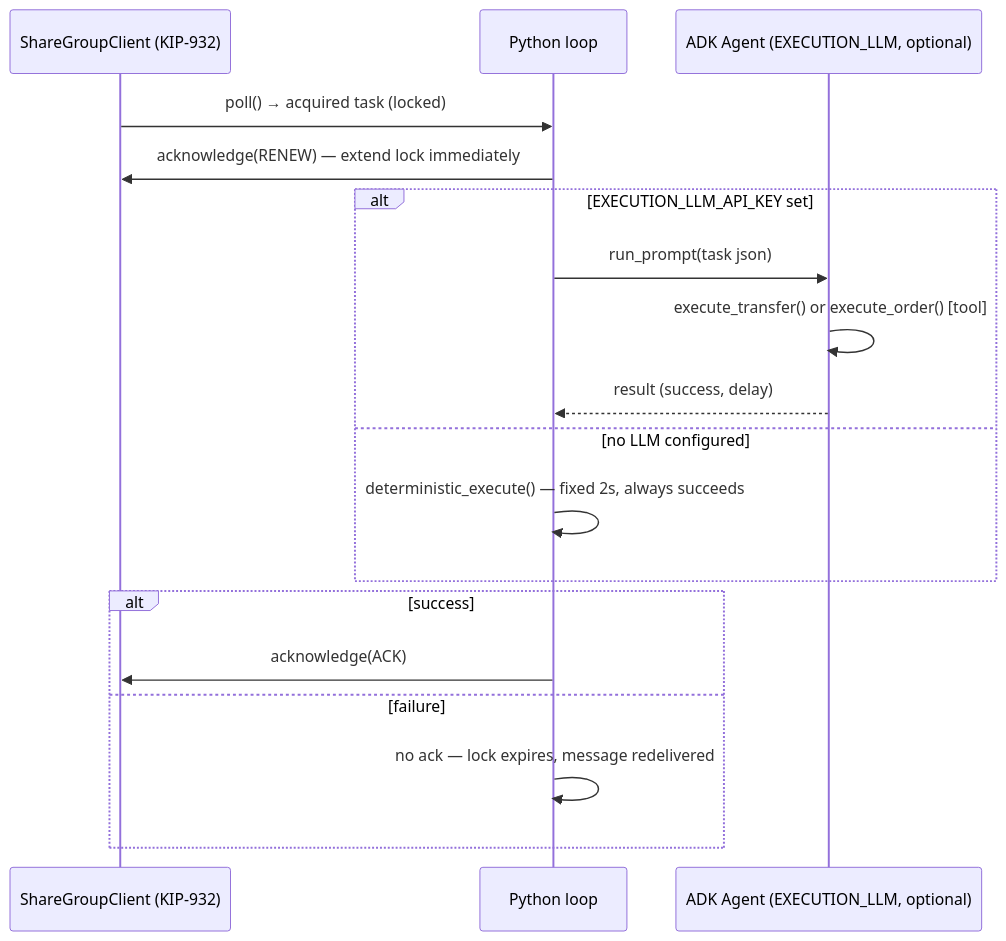
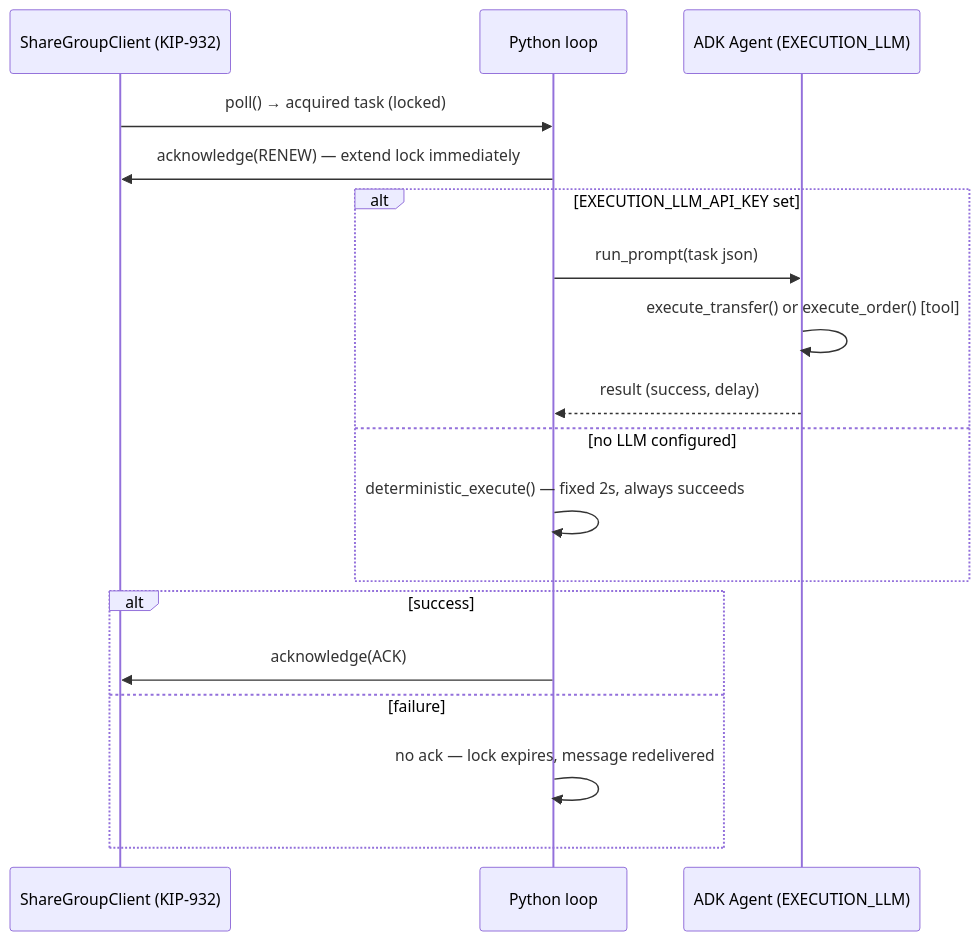
Before and after one commit to arabaaoui/kafka-for-agents: the sixth of 6 diagrams in README.md, drawn with Mermaid. The commit also changed other lines of this file, not shown here.

Commit message:
docs: clarify KIP-932 emulation, fix fallback consistency — all 3 agents are real ADK

````diff
--- a/README.md
+++ b/README.md
@@ -195,21 +195,21 @@
 ```mermaid
 sequenceDiagram
     participant SG as ShareGroupClient (KIP-932)
     participant P as Python loop
-    participant A as ADK Agent (EXECUTION_LLM, optional)
+    participant A as ADK Agent (EXECUTION_LLM)
 
     SG->>P: poll() → acquired task (locked)
     P->>SG: acknowledge(RENEW) — extend lock immediately
     alt EXECUTION_LLM_API_KEY set
         P->>A: run_prompt(task json)
         A->>A: execute_transfer() or execute_order() [tool]
         A-->>P: result (success, delay)
     else no LLM configured
         P->>P: deterministic_execute() — fixed 2s, always succeeds
     end
     alt success
         P->>SG: acknowledge(ACK)
     else failure
         P->>P: no ack — lock expires, message redelivered
     end
 ```
````
